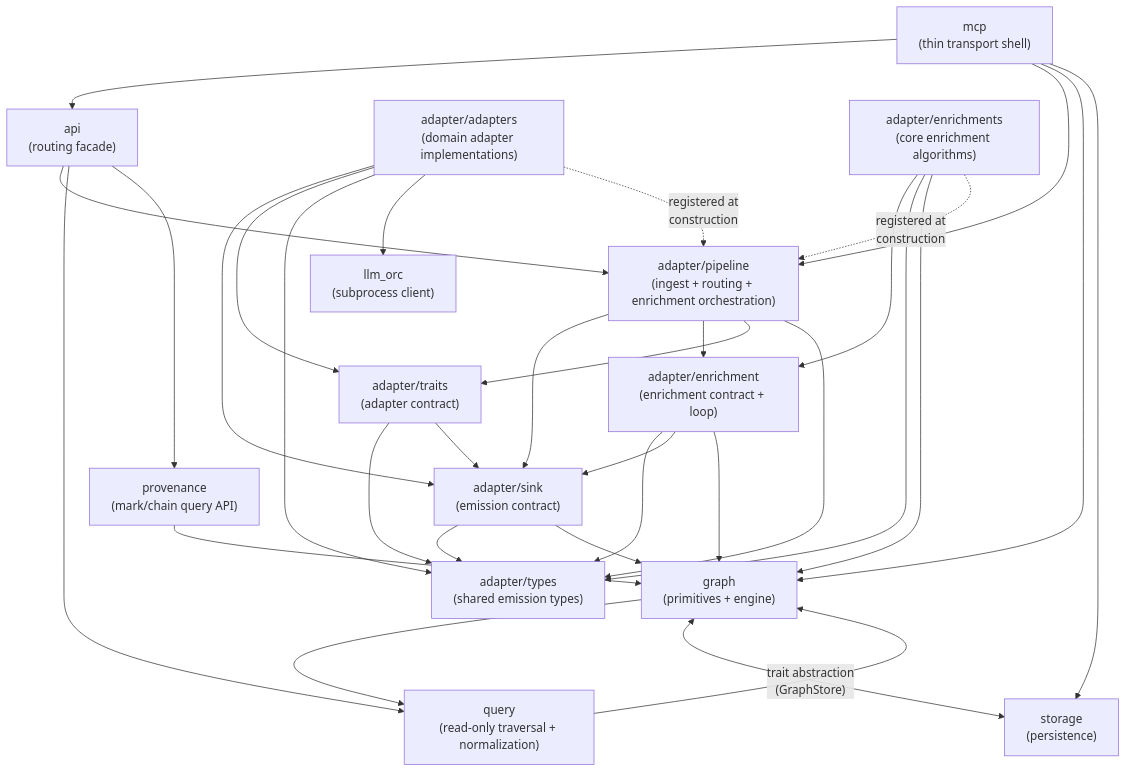
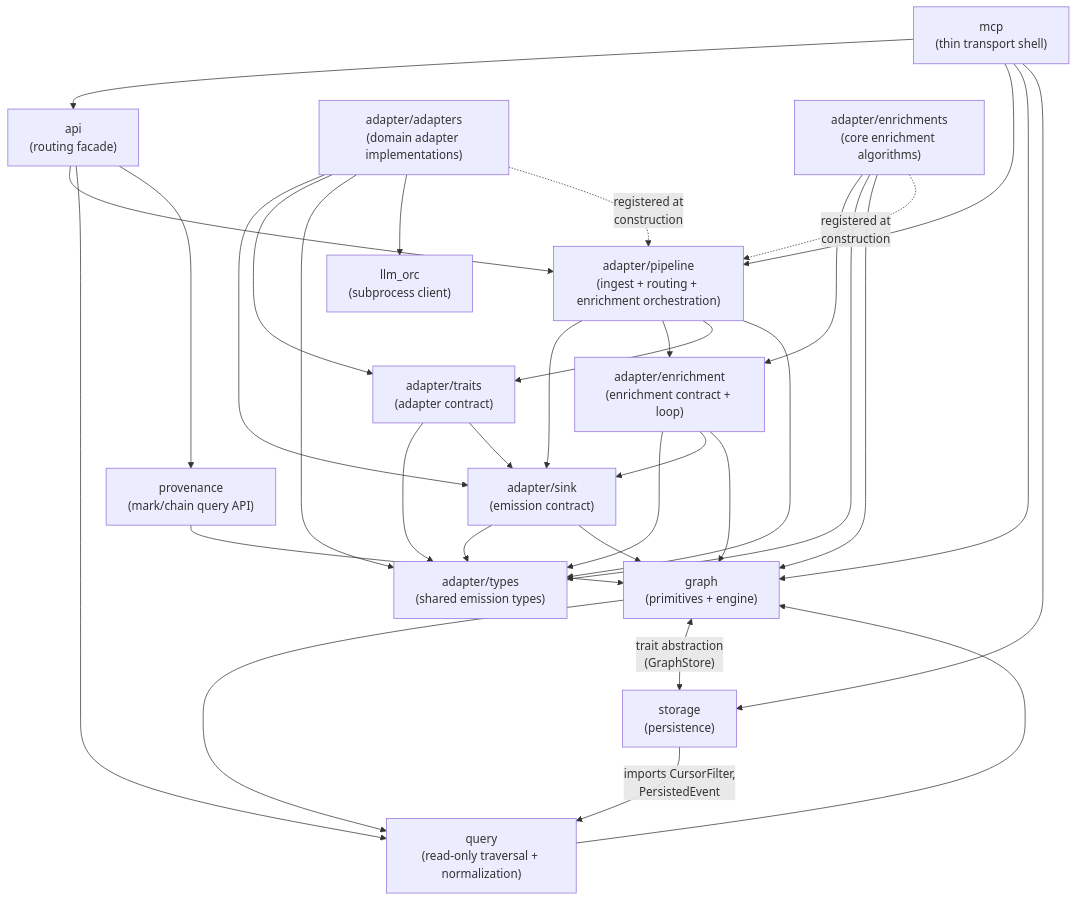
One commit to nrgforge/plexus changed the fifth of 5 diagrams in docs/system-design.md. Above: the diagram before and after it, drawn with Mermaid. The commit also changed other lines of this file and 20 other files, not shown here.

First line of the commit message:
docs: query surface RDD cycle — research through architect

````diff
--- a/docs/system-design.md
+++ b/docs/system-design.md
@@ -438,58 +469,59 @@
 ```mermaid
 flowchart TD
     mcp_mod["mcp<br>(thin transport shell)"]
     api_mod["api<br>(routing facade)"]
     pipeline_mod["adapter/pipeline<br>(ingest + routing + enrichment orchestration)"]
     query_mod["query<br>(read-only traversal + normalization)"]
     prov_mod["provenance<br>(mark/chain query API)"]
     sink_mod["adapter/sink<br>(emission contract)"]
     traits_mod["adapter/traits<br>(adapter contract)"]
     enrichment_mod["adapter/enrichment<br>(enrichment contract + loop)"]
     types_mod["adapter/types<br>(shared emission types)"]
     adapters_mod["adapter/adapters<br>(domain adapter implementations)"]
     enrichments_mod["adapter/enrichments<br>(core enrichment algorithms)"]
     graph_mod["graph<br>(primitives + engine)"]
     storage_mod["storage<br>(persistence)"]
     llm_orc_mod["llm_orc<br>(subprocess client)"]
 
     mcp_mod --> api_mod
     mcp_mod --> pipeline_mod
     mcp_mod --> graph_mod
     mcp_mod --> storage_mod
     api_mod --> pipeline_mod
     api_mod --> query_mod
     api_mod --> prov_mod
 
     pipeline_mod --> sink_mod
     pipeline_mod --> enrichment_mod
     pipeline_mod --> traits_mod
     pipeline_mod --> types_mod
 
     sink_mod --> types_mod
     sink_mod --> graph_mod
 
     traits_mod --> types_mod
     traits_mod --> sink_mod
 
     enrichment_mod --> types_mod
     enrichment_mod --> sink_mod
     enrichment_mod --> graph_mod
 
     adapters_mod --> sink_mod
     adapters_mod --> traits_mod
     adapters_mod --> types_mod
     adapters_mod --> llm_orc_mod
 
     enrichments_mod --> enrichment_mod
     enrichments_mod --> types_mod
     enrichments_mod --> graph_mod
 
     query_mod --> graph_mod
     prov_mod --> graph_mod
+    storage_mod -->|"imports CursorFilter,<br>PersistedEvent"| query_mod
 
     graph_mod --> query_mod
     graph_mod <-->|"trait abstraction<br>(GraphStore)"| storage_mod
 
     adapters_mod -.->|"registered at<br>construction"| pipeline_mod
     enrichments_mod -.->|"registered at<br>construction"| pipeline_mod
 ```
````
